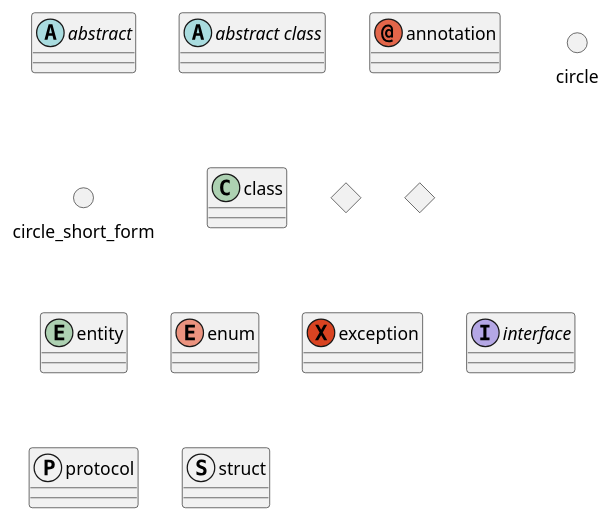
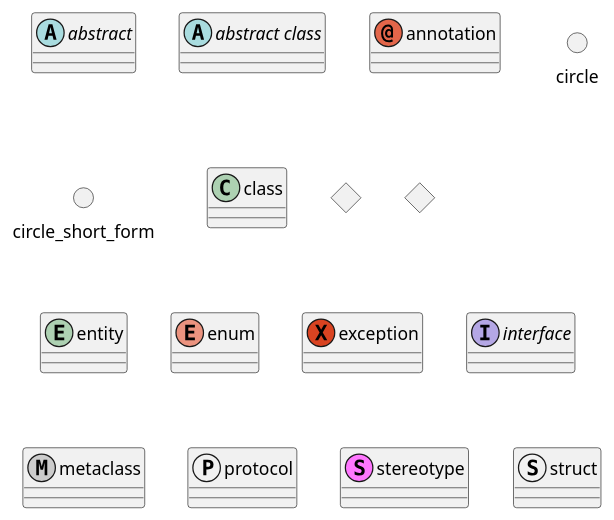
The diagram in input/Class.puml (The-Lum/puml-themes-gallery), drawn with PlantUML before and after one commit.

Commit message:
upd: Add MetaClass and Stereotype on class diag.
Add new types:
- MetaClass
- Stereotype

_Ref.:_
- plantuml/plantuml#1159

```diff
--- a/input/Class.puml
+++ b/input/Class.puml
@@ -1,16 +1,18 @@
 @startuml
 abstract        abstract
 abstract class  "abstract class"
 annotation      annotation
 circle          circle
 ()              circle_short_form
 class           class
 diamond         diamond
 <>              diamond_short_form
 entity          entity
 enum            enum
 exception       exception
 interface       interface
+metaclass       metaclass
 protocol        protocol
+stereotype      stereotype
 struct          struct
 @enduml
```
